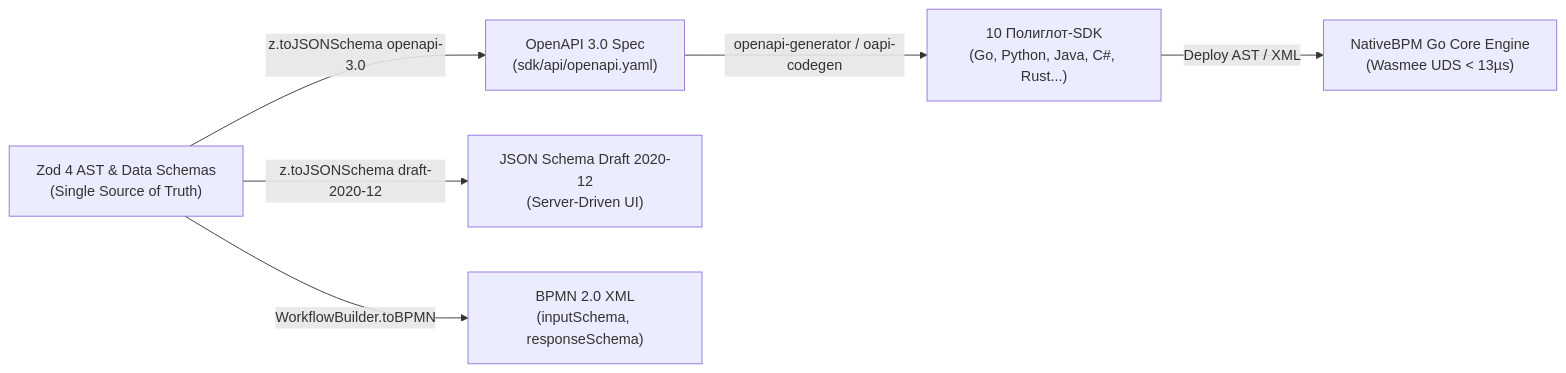
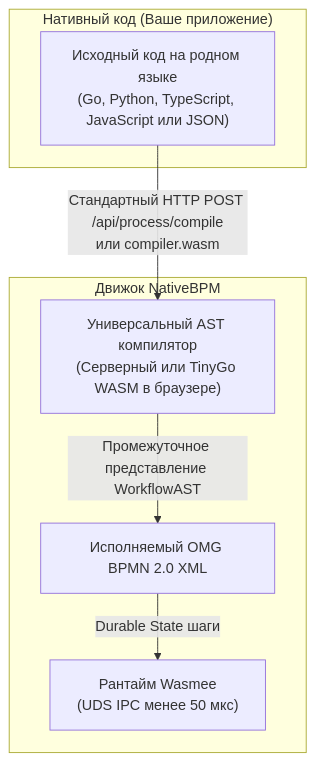
Before and after one commit to nativebpm/sdk: the diagram in README_ru.md, drawn with Mermaid. The commit also changed other lines of this file and 4 other files, not shown here.

Commit message:
docs(sdk): transition to single native code standard and update openapi spec

````diff
--- a/README_ru.md
+++ b/README_ru.md
@@ -55,8 +21,16 @@
 ```mermaid
-flowchart LR
-    ZOD["Zod 4 AST & Data Schemas<br/>(Single Source of Truth)"] -->|z.toJSONSchema openapi-3.0| OAI["OpenAPI 3.0 Spec<br/>(sdk/api/openapi.yaml)"]
-    ZOD -->|z.toJSONSchema draft-2020-12| JS["JSON Schema Draft 2020-12<br/>(Server-Driven UI)"]
-    OAI -->|openapi-generator / oapi-codegen| SDK["10 Полиглот-SDK<br/>(Go, Python, Java, C#, Rust...)"]
-    ZOD -->|WorkflowBuilder.toBPMN| BPMN["BPMN 2.0 XML<br/>(inputSchema, responseSchema)"]
-    SDK -->|Deploy AST / XML| ENGINE["NativeBPM Go Core Engine<br/>(Wasmee UDS < 13µs)"]
+flowchart TD
+    subgraph "Нативный код (Ваше приложение)"
+        CODE["Исходный код на родном языке<br/>(Go, Python, TypeScript, JavaScript или JSON)"]
+    end
+
+    subgraph "Движок NativeBPM"
+        COMPILER["Универсальный AST компилятор<br/>(Серверный или TinyGo WASM в браузере)"]
+        BPMN["Исполняемый OMG BPMN 2.0 XML"]
+        RUNTIME["Рантайм Wasmee<br/>(UDS IPC менее 50 мкс)"]
+    end
+
+    CODE -->|Стандартный HTTP POST /api/process/compile<br/>или compiler.wasm| COMPILER
+    COMPILER -->|Промежуточное представление WorkflowAST| BPMN
+    BPMN -->|Durable State шаги| RUNTIME
 ```
````
